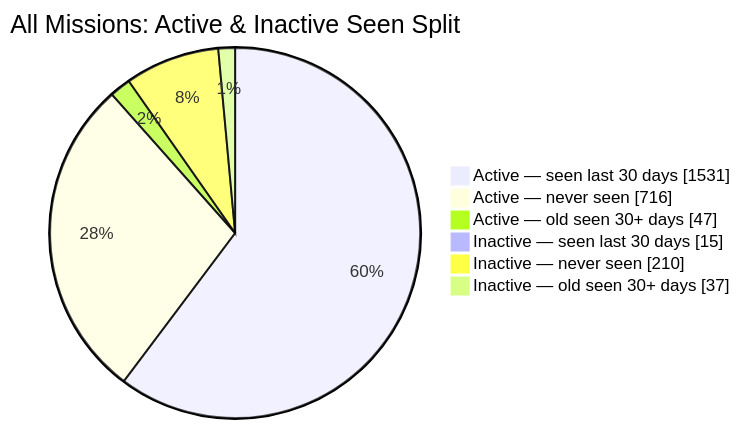
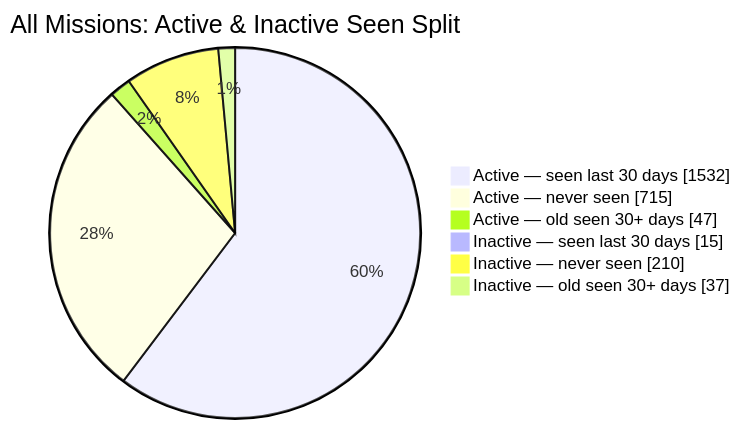
The second of 2 diagrams in README.md (MeldkamerspelGameTeam/active-missions), drawn with Mermaid before and after one commit. The commit also changed other lines of this file and 2 other files, not shown here.

````diff
--- a/README.md
+++ b/README.md
@@ -44,10 +44,10 @@
 ```mermaid
 pie showData
     title All Missions: Active & Inactive Seen Split
-    "Active — seen last 30 days" : 1531
-    "Active — never seen" : 716
+    "Active — seen last 30 days" : 1532
+    "Active — never seen" : 715
     "Active — old seen 30+ days" : 47
     "Inactive — seen last 30 days" : 15
     "Inactive — never seen" : 210
     "Inactive — old seen 30+ days" : 37
 ```
````
